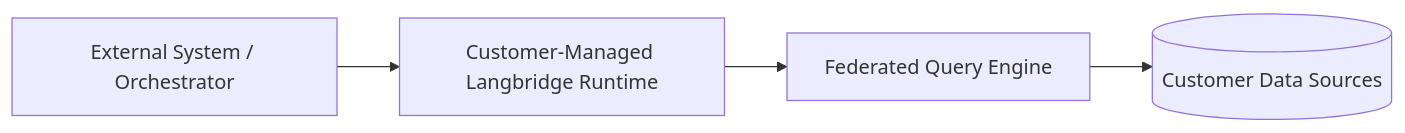
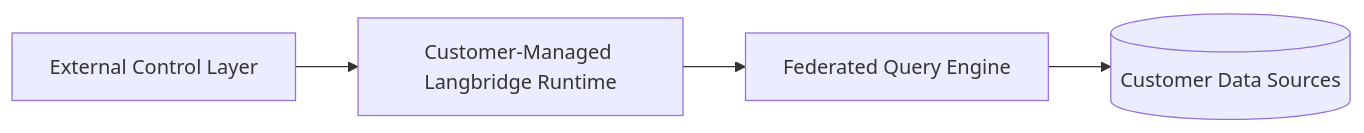
Before and after one commit to CallumWalterWhite/langbridge: the diagram in docs/architecture/hybrid-deployment.md, drawn with Mermaid. The commit also changed other lines of this file and 761 other files, not shown here.

````diff
--- a/docs/architecture/hybrid-deployment.md
+++ b/docs/architecture/hybrid-deployment.md
@@ -18,6 +32,6 @@
 ```mermaid
 flowchart LR
-    EXT[External System / Orchestrator] --> RT[Customer-Managed Langbridge Runtime]
+    EXT[External Control Layer] --> RT[Customer-Managed Langbridge Runtime]
     RT --> FQE[Federated Query Engine]
     FQE --> DS[(Customer Data Sources)]
 ```
````
